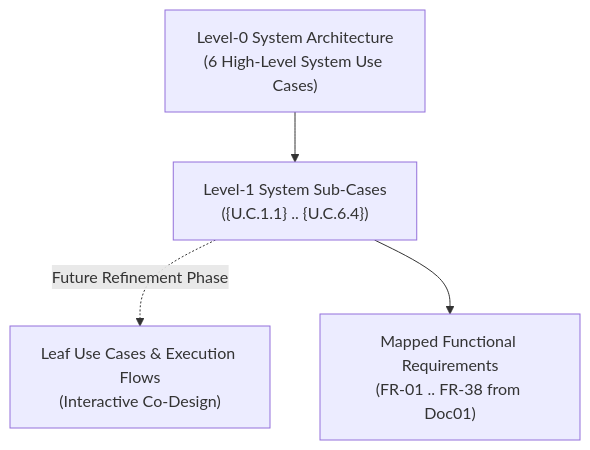
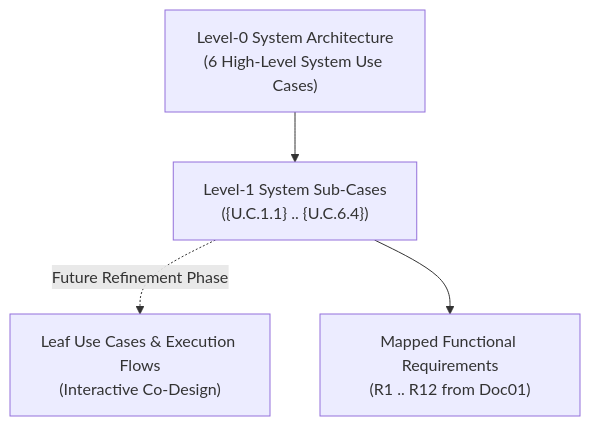
The first of 8 diagrams in cases/Case_01_TinyTask_SaaS/03_PHASE3_SPEC/Doc02_System_Use_Cases.md (pauloribeiro16/aegis-mvp), drawn with Mermaid before and after one commit. The commit also changed other lines of this file and 1 other file, not shown here.

Commit message:
refactor(phase3): establish 100% pure functional baseline without pre-baked security controls

````diff
--- a/cases/Case_01_TinyTask_SaaS/03_PHASE3_SPEC/Doc02_System_Use_Cases.md
+++ b/cases/Case_01_TinyTask_SaaS/03_PHASE3_SPEC/Doc02_System_Use_Cases.md
@@ -63,6 +63,6 @@
 ```mermaid
 flowchart TD
     L0["Level-0 System Architecture<br>(6 High-Level System Use Cases)"] --> L1["Level-1 System Sub-Cases<br>({U.C.1.1} .. {U.C.6.4})"]
     L1 -.->|Future Refinement Phase| LF["Leaf Use Cases & Execution Flows<br>(Interactive Co-Design)"]
-    L1 --> MFR["Mapped Functional Requirements<br>(FR-01 .. FR-38 from Doc01)"]
+    L1 --> MFR["Mapped Functional Requirements<br>(R1 .. R12 from Doc01)"]
 ```
````
